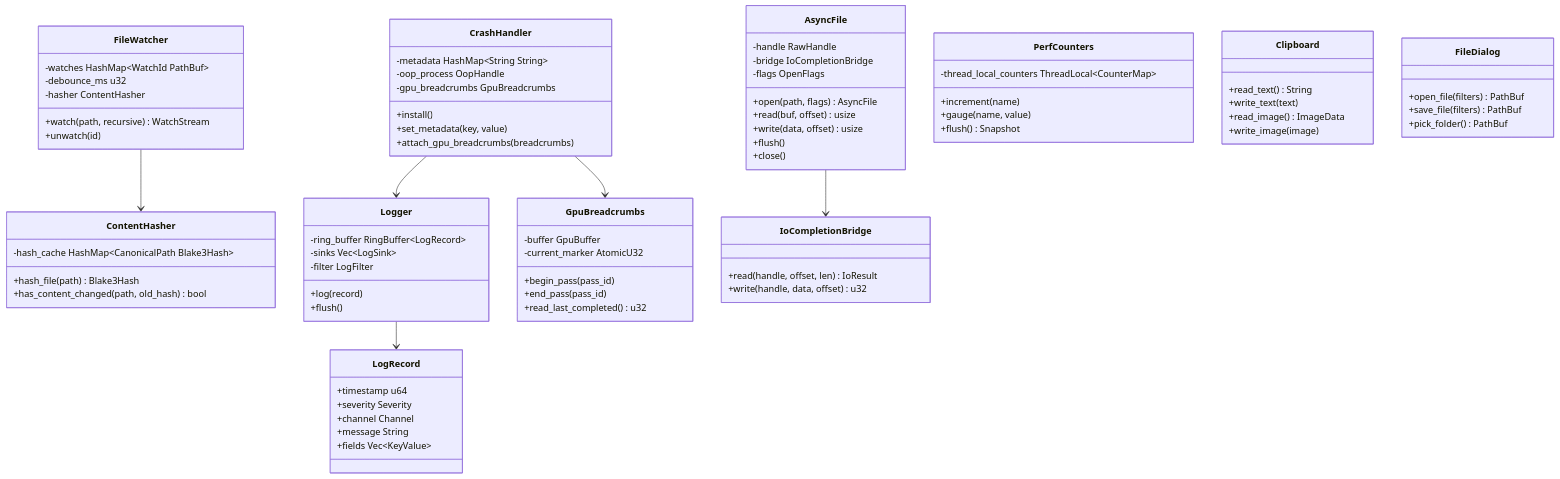
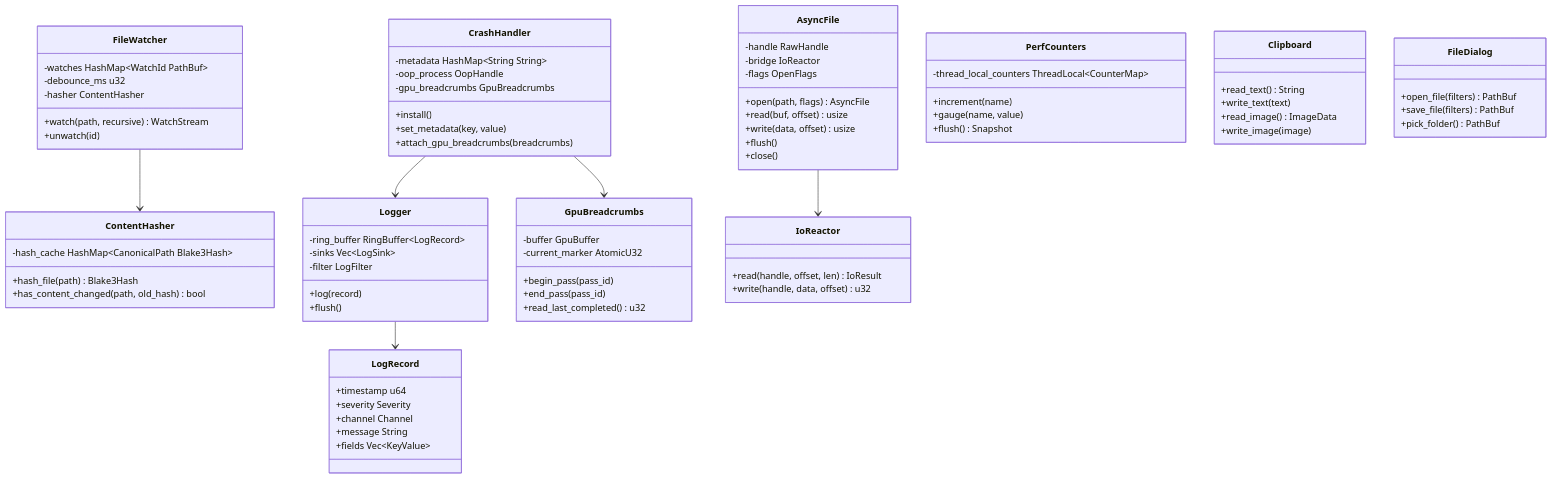
The fifth of 5 diagrams in docs/design/platform/os-integration.md (harmonius-dev/harmonius), drawn with Mermaid before and after one commit. The commit also changed other lines of this file and 77 other files, not shown here.

````diff
--- a/docs/design/platform/os-integration.md
+++ b/docs/design/platform/os-integration.md
@@ -226,7 +226,7 @@
 classDiagram
     class AsyncFile {
         -handle RawHandle
-        -bridge IoCompletionBridge
+        -bridge IoReactor
         -flags OpenFlags
         +open(path, flags) AsyncFile
         +read(buf, offset) usize
@@ -302,7 +302,7 @@
         +pick_folder() PathBuf
     }
 
-    class IoCompletionBridge {
+    class IoReactor {
         +read(handle, offset, len) IoResult
         +write(handle, data, offset) u32
     }
@@ -311,5 +311,5 @@
     CrashHandler --> GpuBreadcrumbs
     CrashHandler --> Logger
     Logger --> LogRecord
-    AsyncFile --> IoCompletionBridge
+    AsyncFile --> IoReactor
 ```
````
